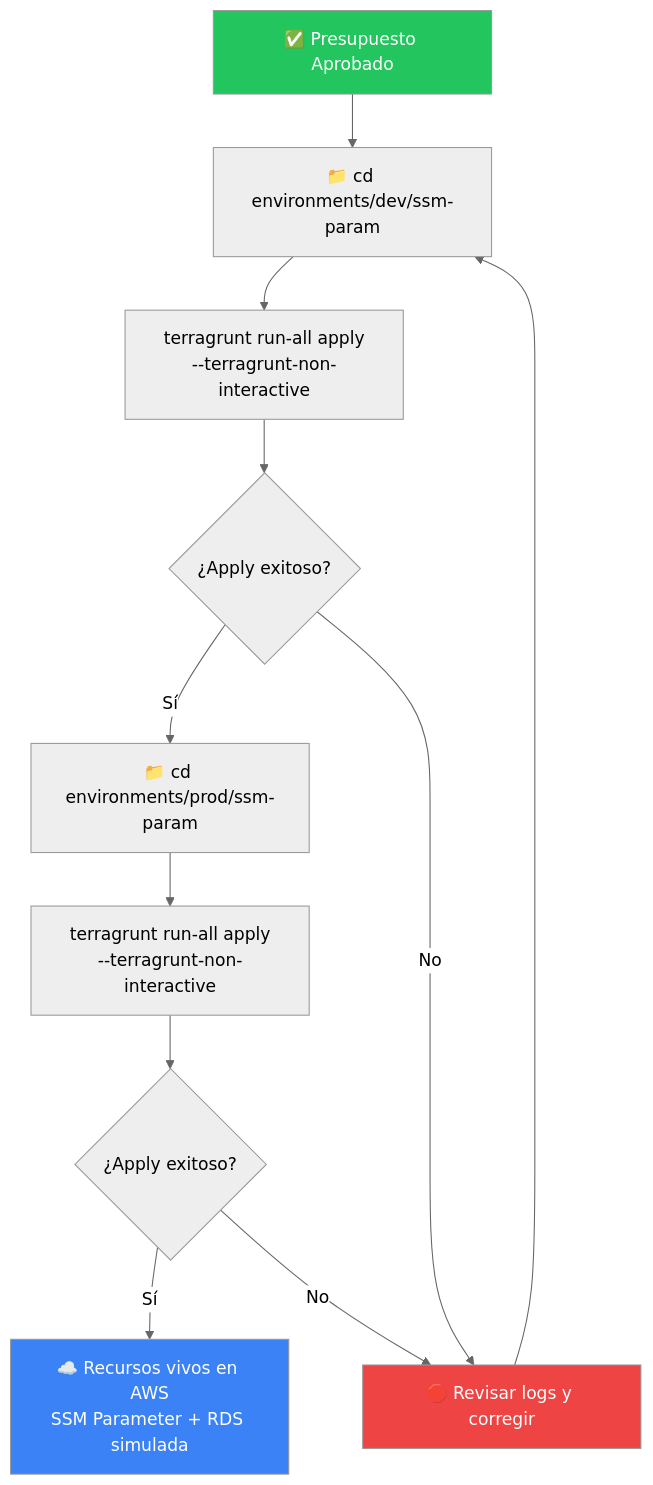
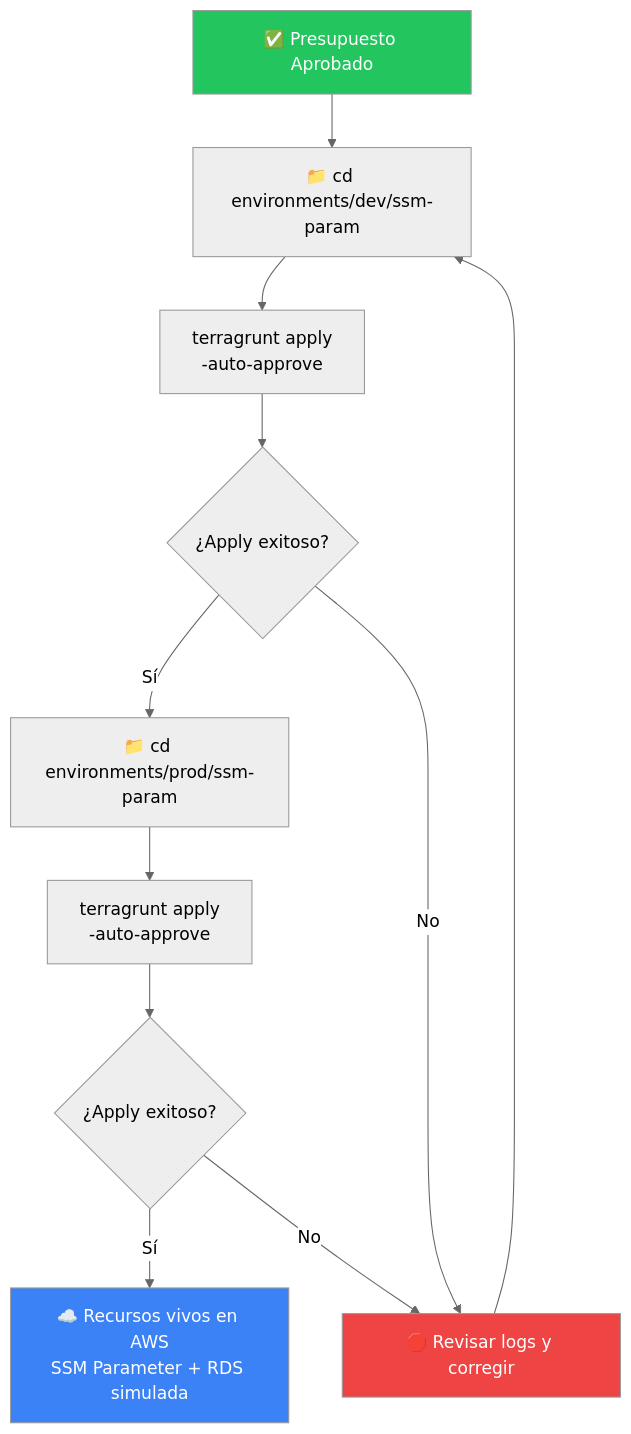
The fifth of 8 diagrams in Fase2/iac-mastery_4/RUNBOOK.md (jgaragorry/sre-linux-mastery), drawn with Mermaid (neutral theme) before and after one commit. The commit also changed other lines of this file, not shown here.

Commit message:
actualizacion runbook

````diff
--- a/Fase2/iac-mastery_4/RUNBOOK.md
+++ b/Fase2/iac-mastery_4/RUNBOOK.md
@@ -341,17 +341,17 @@
 ```mermaid
 flowchart TD
     A["✅ Presupuesto Aprobado"] --> B["📁 cd environments/dev/ssm-param"]
-    B --> C["terragrunt run-all apply<br/>--terragrunt-non-interactive"]
+    B --> C["terragrunt apply<br/>-auto-approve"]
     C --> D{"¿Apply exitoso?"}
     D -- Sí --> E["📁 cd environments/prod/ssm-param"]
     D -- No --> F["🛑 Revisar logs y corregir"]
     F --> B
-    E --> G["terragrunt run-all apply<br/>--terragrunt-non-interactive"]
+    E --> G["terragrunt apply<br/>-auto-approve"]
     G --> H{"¿Apply exitoso?"}
     H -- Sí --> I["☁️ Recursos vivos en AWS<br/>SSM Parameter + RDS simulada"]
     H -- No --> F
 
     style A fill:#22C55E,color:#fff
     style I fill:#3B82F6,color:#fff
     style F fill:#EF4444,color:#fff
 ```
````
